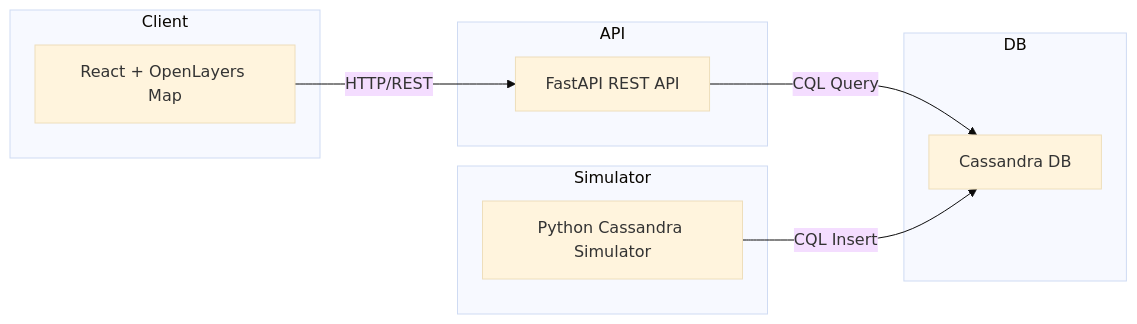
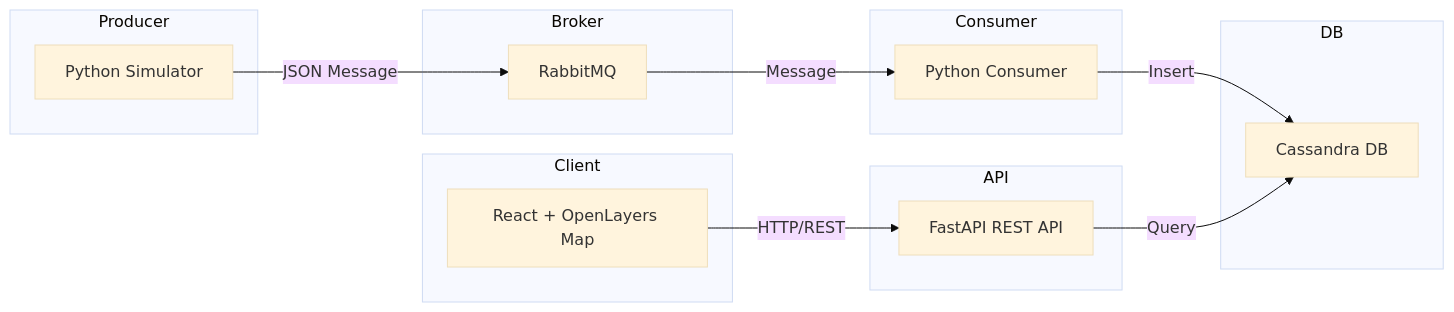
Before and after one commit to bsozer06/poc-s2-cache-cassandra: the diagram in README.md, drawn with Mermaid (base theme). The commit also changed other lines of this file, not shown here.

Commit message:
feat: update README to reflect RabbitMQ integration; enhance architecture diagram and setup instructions

````diff
--- a/README.md
+++ b/README.md
@@ -6,18 +5,26 @@
 ```mermaid
 flowchart LR
-	subgraph Client
-		A[React + OpenLayers Map]
+	subgraph Producer
+		A[Python Simulator]
+	end
+	subgraph Broker
+		B[RabbitMQ]
+	end
+	subgraph Consumer
+		C[Python Consumer]
+	end
+	subgraph DB
+		D[Cassandra DB]
 	end
 	subgraph API
-		B[FastAPI REST API]
+		E[FastAPI REST API]
 	end
-	subgraph DB
-		C[Cassandra DB]
+	subgraph Client
+		F[React + OpenLayers Map]
 	end
-	subgraph Simulator
-		D[Python Cassandra Simulator]
-	end
-	A -- HTTP/REST --> B
-	B -- CQL Query --> C
-	D -- CQL Insert --> C
+	A -- JSON Message --> B
+	B -- Message --> C
+	C -- Insert --> D
+	E -- Query --> D
+	F -- HTTP/REST --> E
 ```
````
